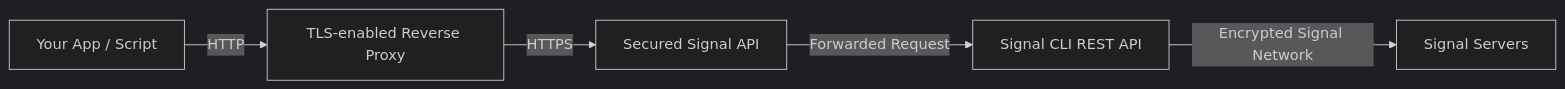
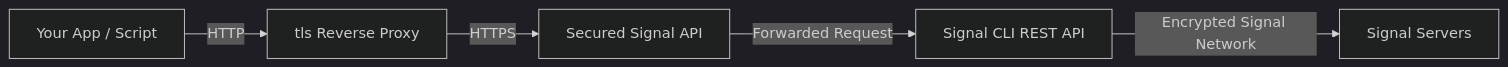
Before and after one commit to CodeShellDev/secured-signal-api: the diagram in docs/about.md, drawn with Mermaid (dark theme).

Commit message:
update flowchart

````diff
--- a/docs/about.md
+++ b/docs/about.md
@@ -41,7 +41,7 @@
 ```mermaid
 flowchart LR
-  Client[Your App / Script] -->|HTTP| TLSReverseProxy[TLS-enabled Reverse Proxy]
+  Client[Your App / Script] -->|HTTP| TLSReverseProxy[tls Reverse Proxy]
   TLSReverseProxy -->|HTTPS| SecuredProxy[Secured Signal API]
   SecuredProxy -->|Forwarded Request| SignalAPI[Signal CLI REST API]
   SignalAPI -->|Encrypted Signal Network| SignalNetwork[Signal Servers]
 ```
````
